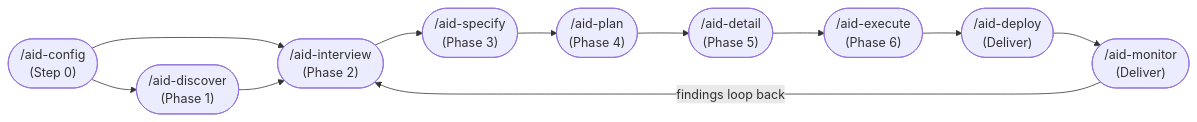
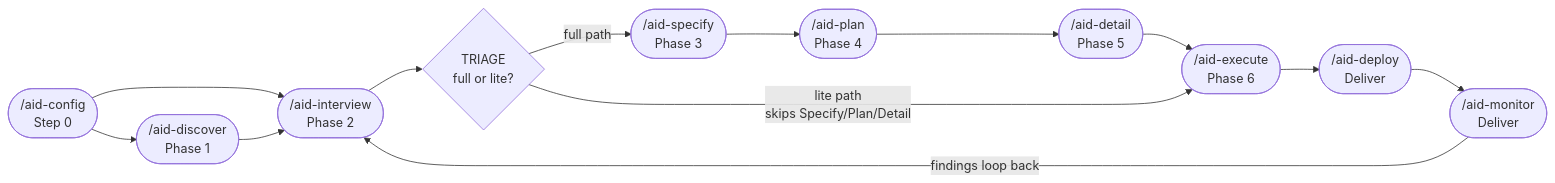
Before and after one commit to AndreVianna/aid-methodology: the diagram in site/src/content/docs/guides/pipeline.mdx, drawn with Mermaid. The commit also changed other lines of this file and 9 other files, not shown here.

````diff
--- a/site/src/content/docs/guides/pipeline.mdx
+++ b/site/src/content/docs/guides/pipeline.mdx
@@ -24,23 +24,26 @@
 ```mermaid
 flowchart LR
-    C(["/aid-config\n(Step 0)"])
-    D(["/aid-discover\n(Phase 1)"])
-    I(["/aid-interview\n(Phase 2)"])
-    S(["/aid-specify\n(Phase 3)"])
-    P(["/aid-plan\n(Phase 4)"])
-    DT(["/aid-detail\n(Phase 5)"])
-    E(["/aid-execute\n(Phase 6)"])
-    DP(["/aid-deploy\n(Deliver)"])
-    M(["/aid-monitor\n(Deliver)"])
+    C(["/aid-config<br/>Step 0"])
+    D(["/aid-discover<br/>Phase 1"])
+    I(["/aid-interview<br/>Phase 2"])
+    T{"TRIAGE<br/>full or lite?"}
+    S(["/aid-specify<br/>Phase 3"])
+    P(["/aid-plan<br/>Phase 4"])
+    DT(["/aid-detail<br/>Phase 5"])
+    E(["/aid-execute<br/>Phase 6"])
+    DP(["/aid-deploy<br/>Deliver"])
+    M(["/aid-monitor<br/>Deliver"])
 
     C --> D
     C --> I
     D --> I
-    I --> S
+    I --> T
+    T -- "full path" --> S
     S --> P
     P --> DT
     DT --> E
+    T -- "lite path<br/>skips Specify/Plan/Detail" --> E
     E --> DP
     DP --> M
     M -->|"findings loop back"| I
 ```
````
